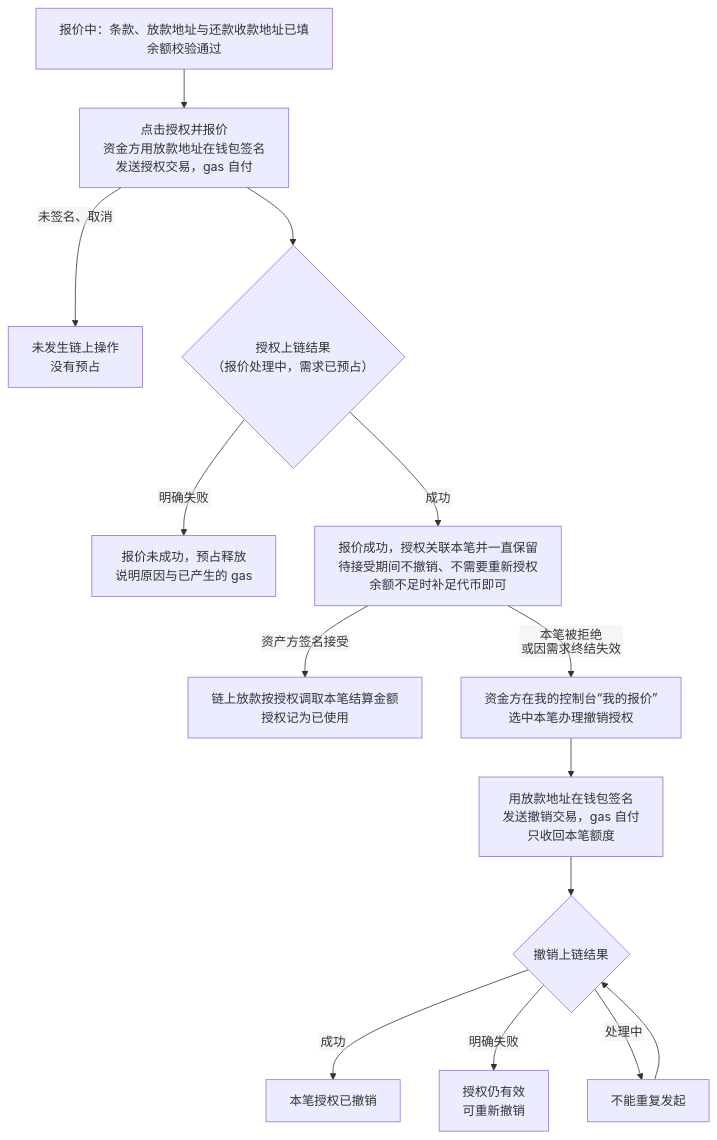
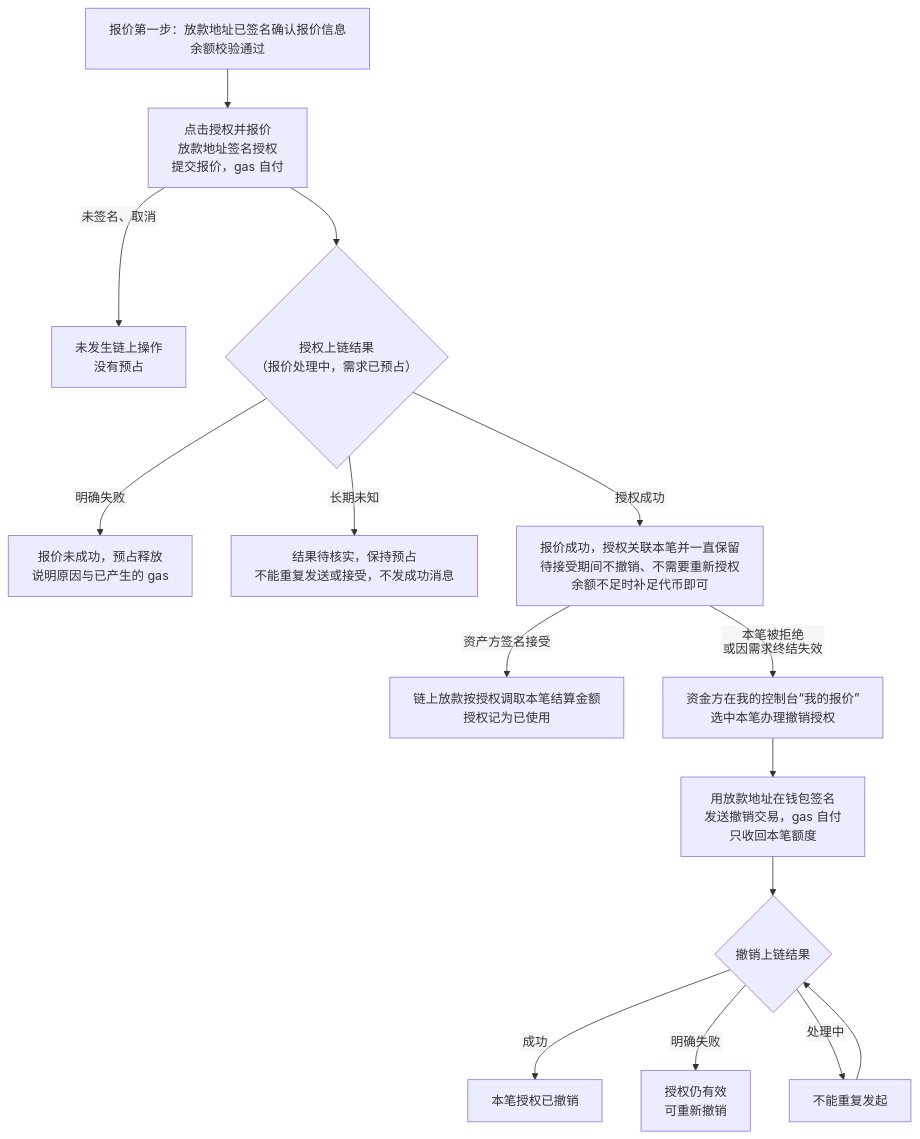
The sixth of 10 diagrams in lending-platform/PRD/面客端/06-借贷广场-授信报价与接受拒绝/02-授信报价与接受拒绝-流程图与状态机.md (wxblockchain/Chain-Financing), drawn with Mermaid before and after one commit. The commit also changed other lines of this file and 3 other files, not shown here.

````diff
--- a/lending-platform/PRD/面客端/06-借贷广场-授信报价与接受拒绝/02-授信报价与接受拒绝-流程图与状态机.md
+++ b/lending-platform/PRD/面客端/06-借贷广场-授信报价与接受拒绝/02-授信报价与接受拒绝-流程图与状态机.md
@@ -171,17 +186,18 @@
 ```mermaid
 %%{init: {"flowchart": {"htmlLabels": false, "wrappingWidth": 400}}}%%
 flowchart TD
-  A["报价中：条款、放款地址与还款收款地址已填<br/>余额校验通过"] --> D["点击授权并报价<br/>资金方用放款地址在钱包签名<br/>发送授权交易，gas 自付"]
+  A["报价第一步：放款地址已签名确认报价信息<br/>余额校验通过"] --> D["点击授权并报价<br/>放款地址签名授权<br/>提交报价，gas 自付"]
   D -->|"未签名、取消"| D1["未发生链上操作<br/>没有预占"]
   D --> E{"授权上链结果<br/>（报价处理中，需求已预占）"}
   E -->|"明确失败"| E2["报价未成功，预占释放<br/>说明原因与已产生的 gas"]
-  E -->|"成功"| Q["报价成功，授权关联本笔并一直保留<br/>待接受期间不撤销、不需要重新授权<br/>余额不足时补足代币即可"]
+  E -->|"长期未知"| C1["结果待核实，保持预占<br/>不能重复发送或接受，不发成功消息"]
+  E -->|"授权成功"| Q["报价成功，授权关联本笔并一直保留<br/>待接受期间不撤销、不需要重新授权<br/>余额不足时补足代币即可"]
   Q -->|"资产方签名接受"| U["链上放款按授权调取本笔结算金额<br/>授权记为已使用"]
   Q -->|"本笔被拒绝<br/>或因需求终结失效"| R["资金方在我的控制台“我的报价”<br/>选中本笔办理撤销授权"]
   R --> S["用放款地址在钱包签名<br/>发送撤销交易，gas 自付<br/>只收回本笔额度"]
   S --> T{"撤销上链结果"}
   T -->|"成功"| T1["本笔授权已撤销"]
   T -->|"明确失败"| T2["授权仍有效<br/>可重新撤销"]
   T -->|"处理中"| T3["不能重复发起"]
   T3 --> T
 ```
````
